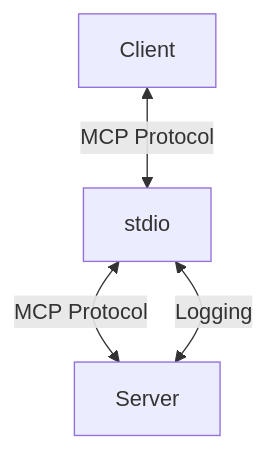
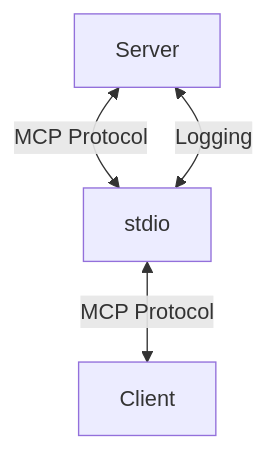
The second of 3 diagrams in examples/model-context-protocol/03.5-logging-with-stdio-transport/article.md (zxkevinxz/ai-hero), drawn with Mermaid before and after one commit. The commit also changed other lines of this file and 6 other files, not shown here.

````diff
--- a/examples/model-context-protocol/03.5-logging-with-stdio-transport/article.md
+++ b/examples/model-context-protocol/03.5-logging-with-stdio-transport/article.md
@@ -16,5 +16,5 @@
 ```mermaid
 flowchart
-  Client <-- MCP Protocol --> stdio <-- MCP Protocol --> Server
+  Server <-- MCP Protocol --> stdio <-- MCP Protocol --> Client
   stdio <-- Logging --> Server
 ```
````
